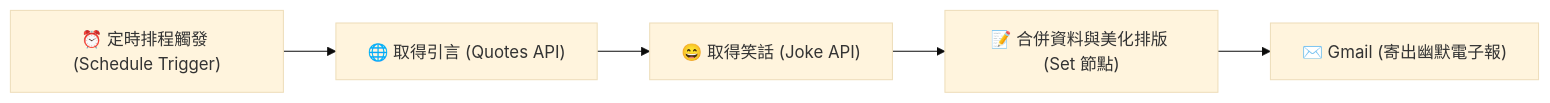
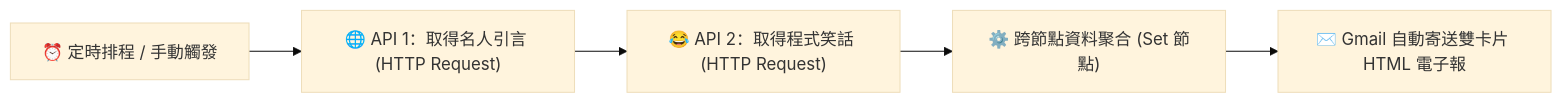
Before and after one commit to roberthsu2003/n8n: the diagram in Google_Cloud_api服務/寄送一個笑話/README.md, drawn with Mermaid (base theme). The commit also changed other lines of this file and 10 other files, not shown here.

````diff
--- a/Google_Cloud_api服務/寄送一個笑話/README.md
+++ b/Google_Cloud_api服務/寄送一個笑話/README.md
@@ -12,7 +12,7 @@
 ```mermaid
 flowchart LR
-    A["⏰ 定時排程觸發 (Schedule Trigger)"] --> B["🌐 取得引言 (Quotes API)"]
-    B --> C["😄 取得笑話 (Joke API)"]
-    C --> D["📝 合併資料與美化排版 (Set 節點)"]
-    D --> E["✉️ Gmail (寄出幽默電子報)"]
+    A["⏰ 定時排程 / 手動觸發"] --> B["🌐 API 1：取得名人引言 (HTTP Request)"]
+    B --> C["😂 API 2：取得程式笑話 (HTTP Request)"]
+    C --> D["⚙️ 跨節點資料聚合 (Set 節點)"]
+    D --> E["✉️ Gmail 自動寄送雙卡片 HTML 電子報"]
 ```
````
